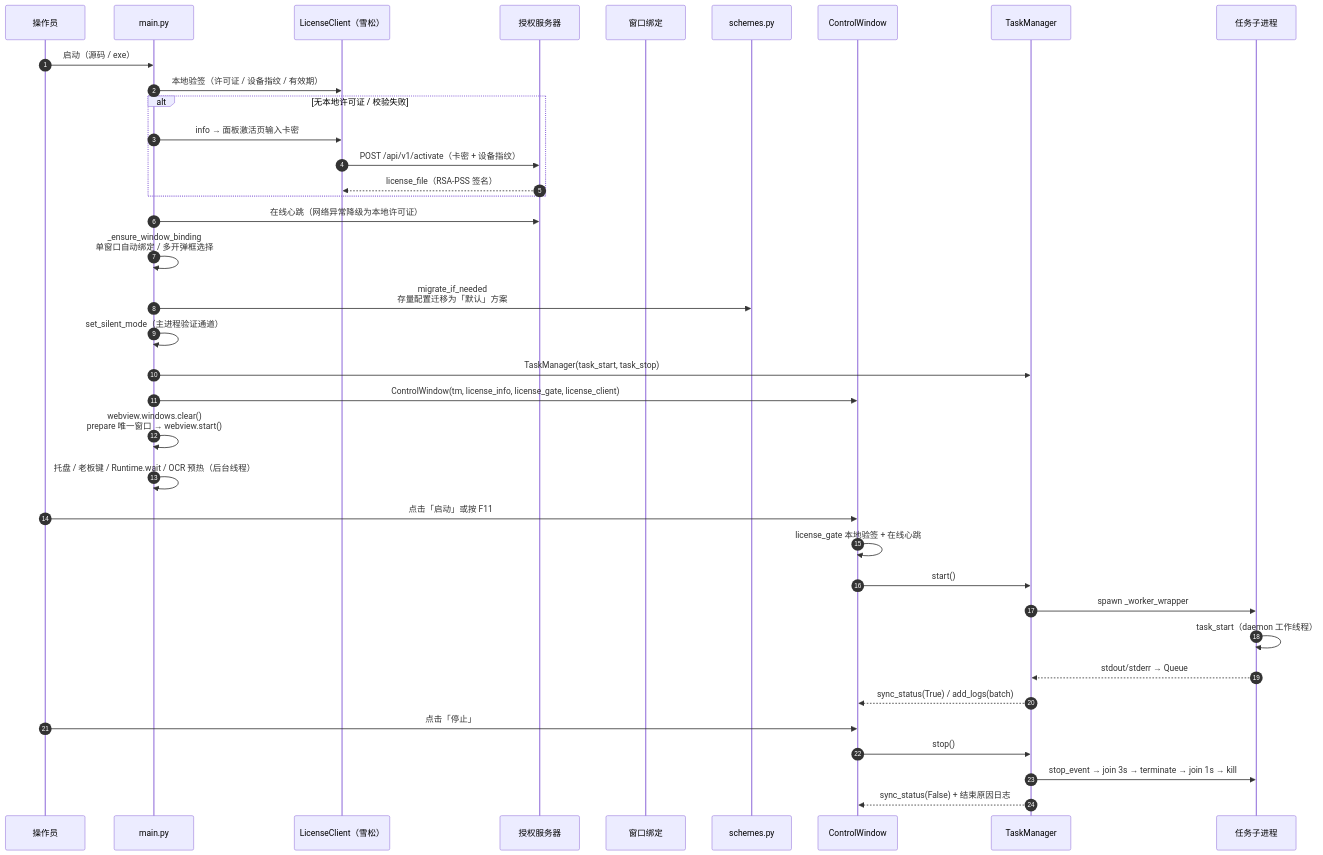
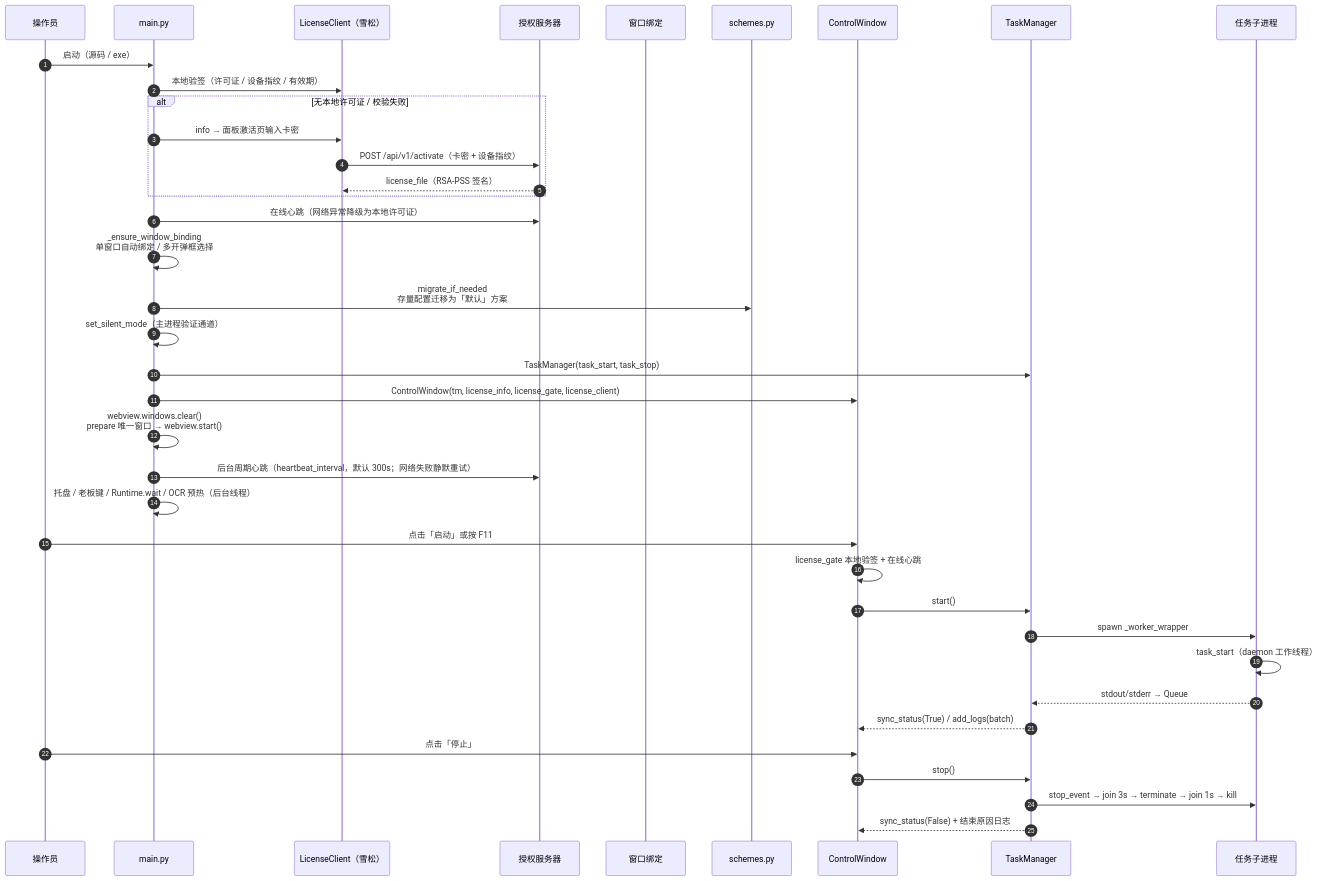
The third of 16 diagrams in docs/architecture.md (OPC-UNI/dhxy_ascript), drawn with Mermaid before and after one commit. The commit also changed 11 other files, not shown here.

````diff
--- a/docs/architecture.md
+++ b/docs/architecture.md
@@ -200,42 +200,43 @@
 ```mermaid
 sequenceDiagram
     autonumber
     participant U as 操作员
     participant M as main.py
     participant L as LicenseClient（雪松）
     participant Q as 授权服务器
     participant B as 窗口绑定
     participant S as schemes.py
     participant C as ControlWindow
     participant T as TaskManager
     participant P as 任务子进程
 
     U->>M: 启动（源码 / exe）
     M->>L: 本地验签（许可证 / 设备指纹 / 有效期）
     alt 无本地许可证 / 校验失败
         M->>L: info → 面板激活页输入卡密
         L->>Q: POST /api/v1/activate（卡密 + 设备指纹）
         Q-->>L: license_file（RSA-PSS 签名）
     end
     M->>Q: 在线心跳（网络异常降级为本地许可证）
     M->>M: _ensure_window_binding<br/>单窗口自动绑定 / 多开弹框选择
     M->>S: migrate_if_needed<br/>存量配置迁移为「默认」方案
     M->>M: set_silent_mode（主进程验证通道）
     M->>T: TaskManager(task_start, task_stop)
     M->>C: ControlWindow(tm, license_info, license_gate, license_client)
     M->>M: webview.windows.clear()<br/>prepare 唯一窗口 → webview.start()
+    M->>Q: 后台周期心跳（heartbeat_interval，默认 300s；网络失败静默重试）
     M->>M: 托盘 / 老板键 / Runtime.wait / OCR 预热（后台线程）
 
     U->>C: 点击「启动」或按 F11
     C->>C: license_gate 本地验签 + 在线心跳
     C->>T: start()
     T->>P: spawn _worker_wrapper
     P->>P: task_start（daemon 工作线程）
     P-->>T: stdout/stderr → Queue
     T-->>C: sync_status(True) / add_logs(batch)
 
     U->>C: 点击「停止」
     C->>T: stop()
     T->>P: stop_event → join 3s → terminate → join 1s → kill
     T-->>C: sync_status(False) + 结束原因日志
 ```
````
